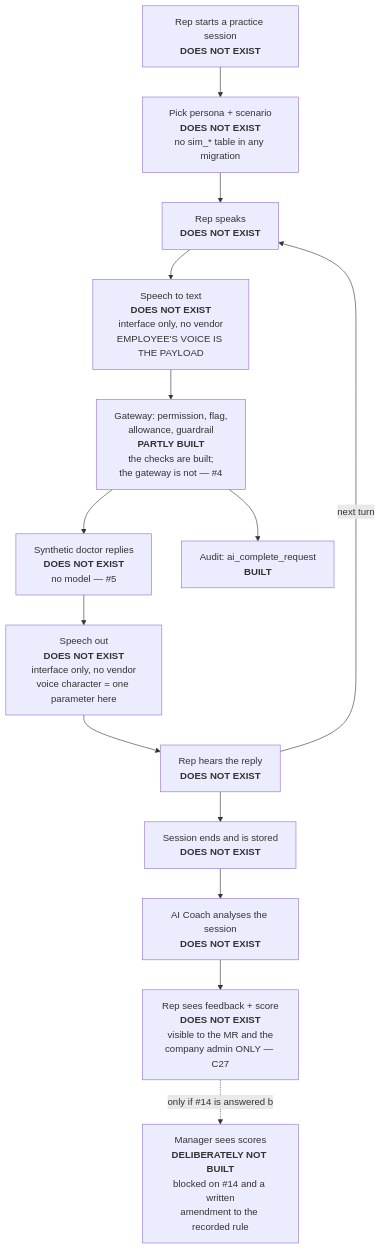
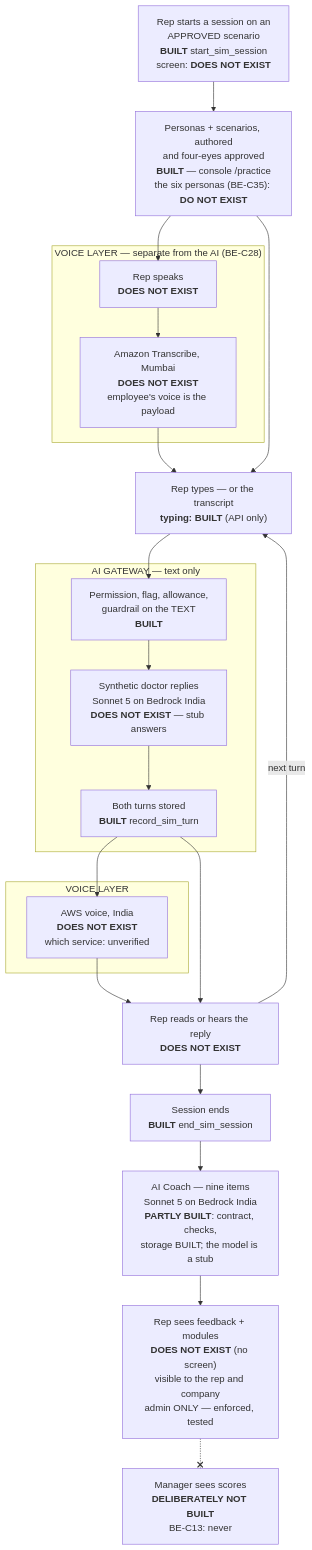
Before and after one commit to Praverse-Tech-Pvt-Ltd/Elmiron-App: the second of 2 diagrams in docs/ai-platform/AI-SPEC.md, drawn with Mermaid. The commit also changed other lines of this file and 20 other files, not shown here.

First line of the commit message:
feat: W1-M -- nine coach items, the 80% allowance warning, provider stopped at B1

````diff
--- a/docs/ai-platform/AI-SPEC.md
+++ b/docs/ai-platform/AI-SPEC.md
@@ -606,22 +261,35 @@
 ```mermaid
 flowchart TD
-    S["Rep starts a practice session<br/><b>DOES NOT EXIST</b>"]
-    P["Pick persona + scenario<br/><b>DOES NOT EXIST</b><br/>no sim_* table in any migration"]
-    V1["Rep speaks<br/><b>DOES NOT EXIST</b>"]
-    T1["Speech to text<br/><b>DOES NOT EXIST</b><br/>interface only, no vendor<br/>EMPLOYEE'S VOICE IS THE PAYLOAD"]
-    G["Gateway: permission, flag,<br/>allowance, guardrail<br/><b>PARTLY BUILT</b><br/>the checks are built;<br/>the gateway is not — #4"]
-    M["Synthetic doctor replies<br/><b>DOES NOT EXIST</b><br/>no model — #5"]
-    T2["Speech out<br/><b>DOES NOT EXIST</b><br/>interface only, no vendor<br/>voice character = one parameter here"]
-    L["Rep hears the reply<br/><b>DOES NOT EXIST</b>"]
-    E["Session ends and is stored<br/><b>DOES NOT EXIST</b>"]
-    C["AI Coach analyses the session<br/><b>DOES NOT EXIST</b>"]
-    R["Rep sees feedback + score<br/><b>DOES NOT EXIST</b><br/>visible to the MR and the<br/>company admin ONLY — C27"]
-    X["Manager sees scores<br/><b>DELIBERATELY NOT BUILT</b><br/>blocked on #14 and a written<br/>amendment to the recorded rule"]
+    S["Rep starts a session on an<br/>APPROVED scenario<br/><b>BUILT</b> start_sim_session<br/>screen: <b>DOES NOT EXIST</b>"]
+    P["Personas + scenarios, authored<br/>and four-eyes approved<br/><b>BUILT</b> — console /practice<br/>the six personas (BE-C35): <b>DO NOT EXIST</b>"]
 
-    S --> P --> V1 --> T1 --> G --> M --> T2 --> L
-    L -->|next turn| V1
+    subgraph VOICE_IN ["VOICE LAYER — separate from the AI (BE-C28)"]
+        V1["Rep speaks<br/><b>DOES NOT EXIST</b>"]
+        T1["Amazon Transcribe, Mumbai<br/><b>DOES NOT EXIST</b><br/>employee's voice is the payload"]
+    end
+    TX["Rep types — or the transcript<br/><b>typing: BUILT</b> (API only)"]
+
+    subgraph GATEWAY ["AI GATEWAY — text only"]
+        G["Permission, flag, allowance,<br/>guardrail on the TEXT<br/><b>BUILT</b>"]
+        M["Synthetic doctor replies<br/>Sonnet 5 on Bedrock India<br/><b>DOES NOT EXIST</b> — stub answers"]
+        ST["Both turns stored<br/><b>BUILT</b> record_sim_turn"]
+    end
+
+    subgraph VOICE_OUT ["VOICE LAYER"]
+        T2["AWS voice, India<br/><b>DOES NOT EXIST</b><br/>which service: unverified"]
+    end
+    L["Rep reads or hears the reply<br/><b>DOES NOT EXIST</b>"]
+    E["Session ends<br/><b>BUILT</b> end_sim_session"]
+    C["AI Coach — nine items<br/>Sonnet 5 on Bedrock India<br/><b>PARTLY BUILT</b>: contract, checks,<br/>storage BUILT; the model is a stub"]
+    R["Rep sees feedback + modules<br/><b>DOES NOT EXIST</b> (no screen)<br/>visible to the rep and company<br/>admin ONLY — enforced, tested"]
+    X["Manager sees scores<br/><b>DELIBERATELY NOT BUILT</b><br/>BE-C13: never"]
+
+    S --> P
+    P --> V1 --> T1 --> TX
+    P --> TX
+    TX --> G --> M --> ST --> T2 --> L
+    ST --> L
+    L -->|next turn| TX
     L --> E --> C --> R
-    R -.->|only if #14 is answered b| X
-    A["Audit: ai_complete_request<br/><b>BUILT</b>"]
-    G --> A
+    R -.-x X
 ```
````
